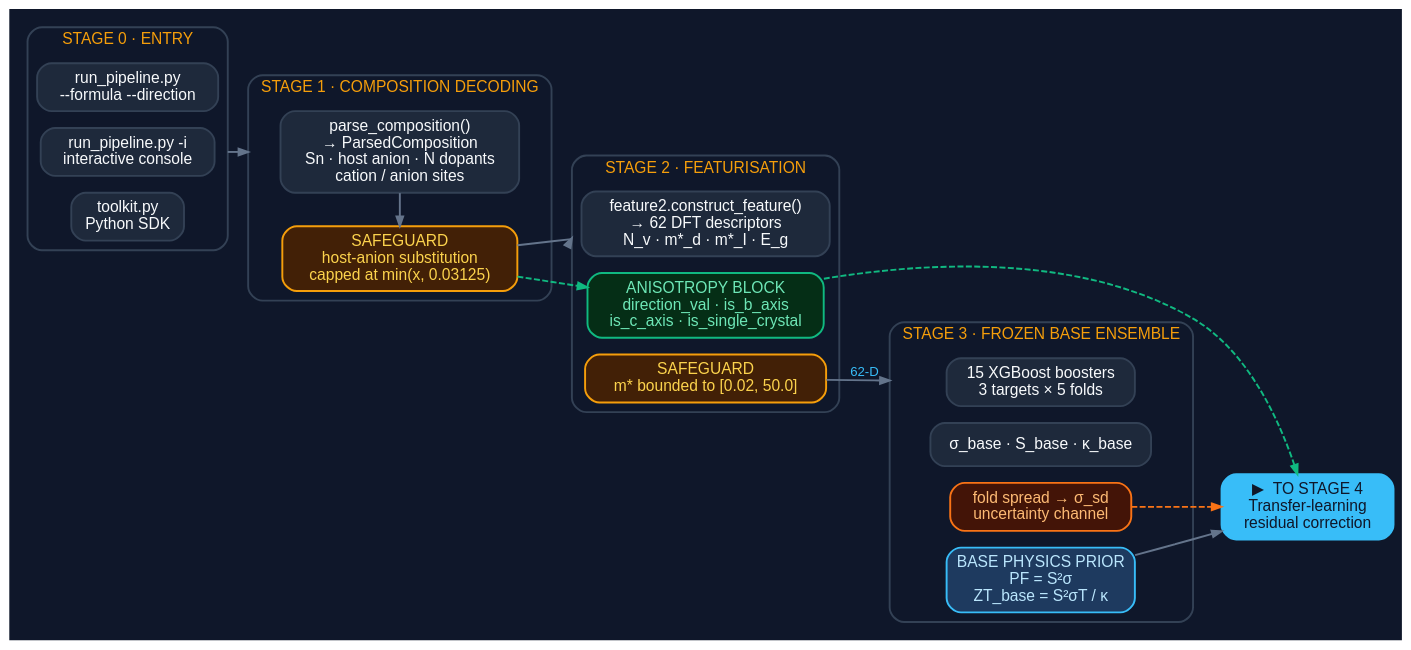
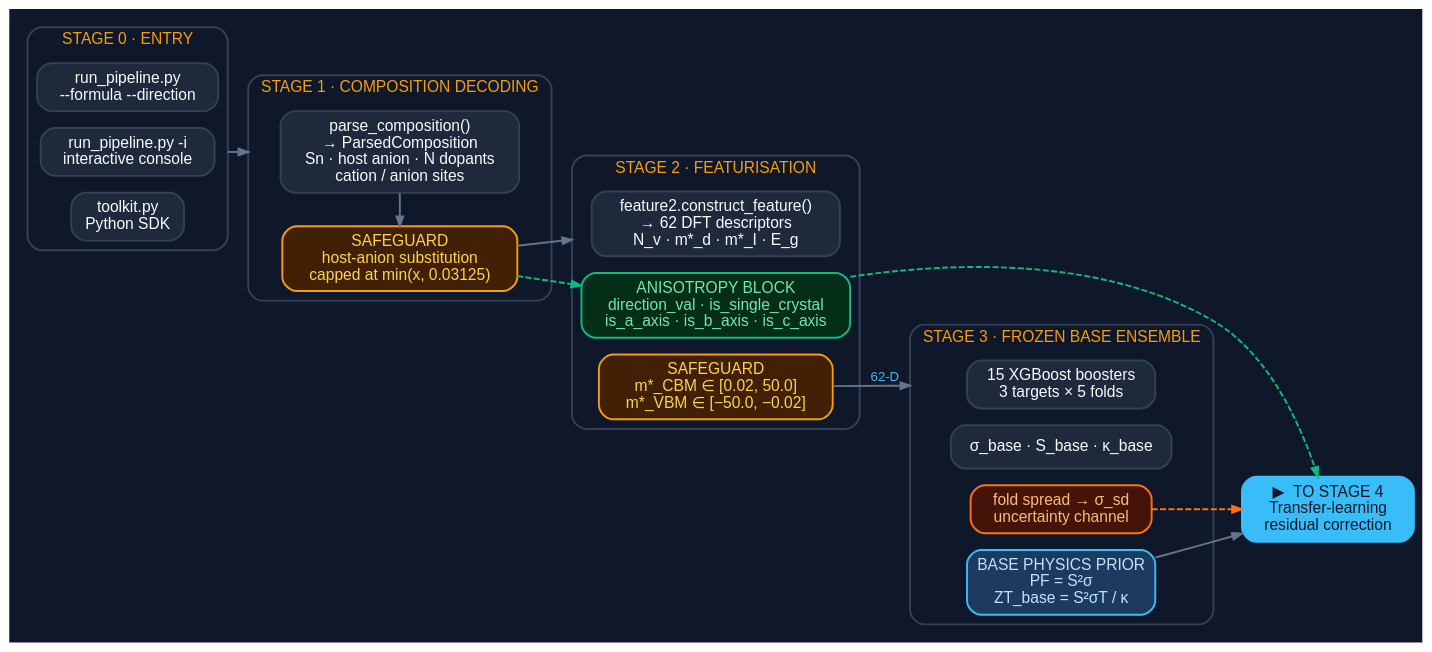
Before and after one commit to NischalRaj16/thermoelectric-discovery-engine: the diagram in docs_assets/architecture_deck_a.dot, drawn with Graphviz. The commit also changed 7 other files, not shown here.

```diff
--- a/docs_assets/architecture_deck_a.dot
+++ b/docs_assets/architecture_deck_a.dot
@@ -1,57 +1,57 @@
 digraph D1 {
   graph [fontname="Helvetica", bgcolor="#0F172A", rankdir=LR, splines=spline,
          nodesep=0.20, ranksep=0.42, compound=true, pad=0.10];
   node  [fontname="Helvetica", shape=box, style="filled,rounded", penwidth=1.6,
          fontsize=13, margin="0.13,0.08", color="#334155", fillcolor="#1E293B",
          fontcolor="#F8FAFC"];
   edge  [fontname="Helvetica", fontsize=11, color="#64748B", arrowsize=0.8,
          penwidth=1.6, fontcolor="#38BDF8"];
 
   subgraph cluster_0 {
     label="STAGE 0 · ENTRY"; fontsize=13; fontcolor="#F59E0B"; style="rounded";
     color="#334155"; penwidth=1.6;
     e1 [label="run_pipeline.py\n--formula --direction"];
     e2 [label="run_pipeline.py -i\ninteractive console"];
     e3 [label="toolkit.py\nPython SDK"];
   }
   subgraph cluster_1 {
     label="STAGE 1 · COMPOSITION DECODING"; fontsize=13; fontcolor="#F59E0B";
     style="rounded"; color="#334155"; penwidth=1.6;
     c1 [label="parse_composition()\n→ ParsedComposition\nSn · host anion · N dopants\ncation / anion sites"];
     c2 [label="SAFEGUARD\nhost-anion substitution\ncapped at min(x, 0.03125)",
         fillcolor="#422006", color="#F59E0B", fontcolor="#FCD34D"];
     {rank=same; c1; c2;}
     c1 -> c2 [constraint=false];
   }
   subgraph cluster_2 {
     label="STAGE 2 · FEATURISATION"; fontsize=13; fontcolor="#F59E0B";
     style="rounded"; color="#334155"; penwidth=1.6;
     f1 [label="feature2.construct_feature()\n→ 62 DFT descriptors\nN_v · m*_d · m*_I · E_g"];
-    f2 [label="ANISOTROPY BLOCK\ndirection_val · is_b_axis\nis_c_axis · is_single_crystal",
+    f2 [label="ANISOTROPY BLOCK\ndirection_val · is_single_crystal\nis_a_axis · is_b_axis · is_c_axis",
         fillcolor="#052e16", color="#10B981", fontcolor="#6EE7B7"];
-    f3 [label="SAFEGUARD\nm* bounded to [0.02, 50.0]",
+    f3 [label="SAFEGUARD\nm*_CBM ∈ [0.02, 50.0]\nm*_VBM ∈ [−50.0, −0.02]",
         fillcolor="#422006", color="#F59E0B", fontcolor="#FCD34D"];
     {rank=same; f1; f2; f3;}
   }
   subgraph cluster_3 {
     label="STAGE 3 · FROZEN BASE ENSEMBLE"; fontsize=13; fontcolor="#F59E0B";
     style="rounded"; color="#334155"; penwidth=1.6;
     b1 [label="15 XGBoost boosters\n3 targets × 5 folds"];
     b2 [label="σ_base · S_base · κ_base"];
     b3 [label="fold spread → σ_sd\nuncertainty channel",
         fillcolor="#431407", color="#F97316", fontcolor="#FDBA74"];
     b4 [label="BASE PHYSICS PRIOR\nPF = S²σ\nZT_base = S²σT / κ",
         fillcolor="#1E3A5F", color="#38BDF8", fontcolor="#BAE6FD"];
     {rank=same; b1; b2; b3; b4;}
 
   }
   out [label="▶  TO STAGE 4\nTransfer-learning\nresidual correction",
        fillcolor="#38BDF8", color="#38BDF8", fontcolor="#0F172A", penwidth=2.0];
 
   e2 -> c1 [lhead=cluster_1, ltail=cluster_0];
   c2 -> f1 [lhead=cluster_2];
   c2 -> f2 [style=dashed, color="#10B981"];
   f3 -> b1 [label="62-D", lhead=cluster_3];
   b4 -> out; b3 -> out [style=dashed, color="#F97316"];
   f2 -> out [style=dashed, color="#10B981"];
 }
```
